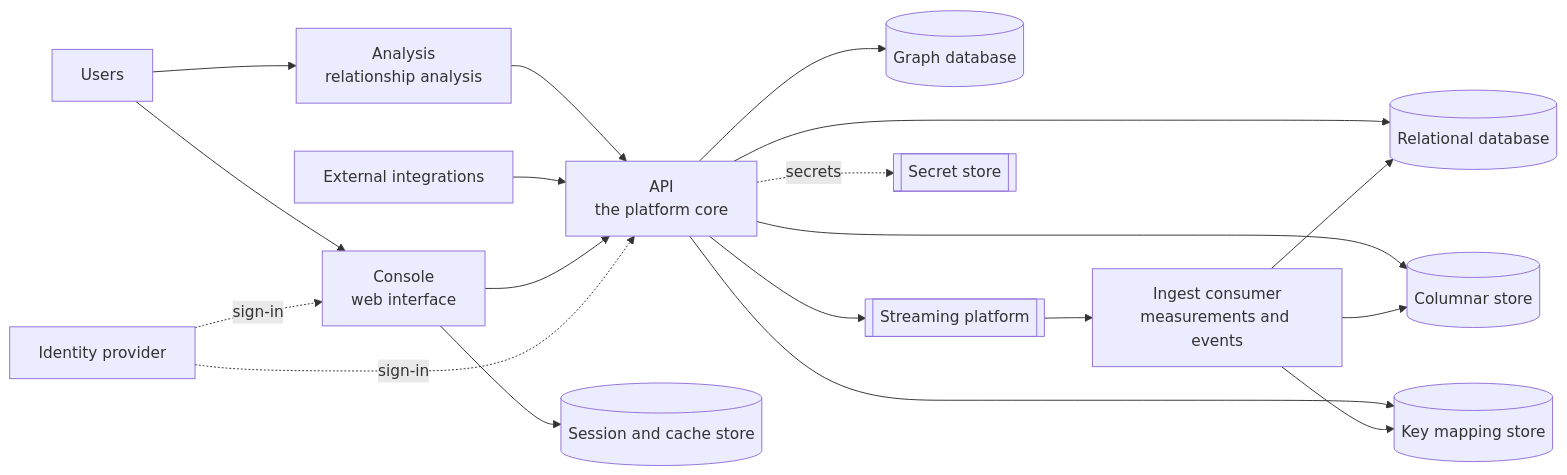
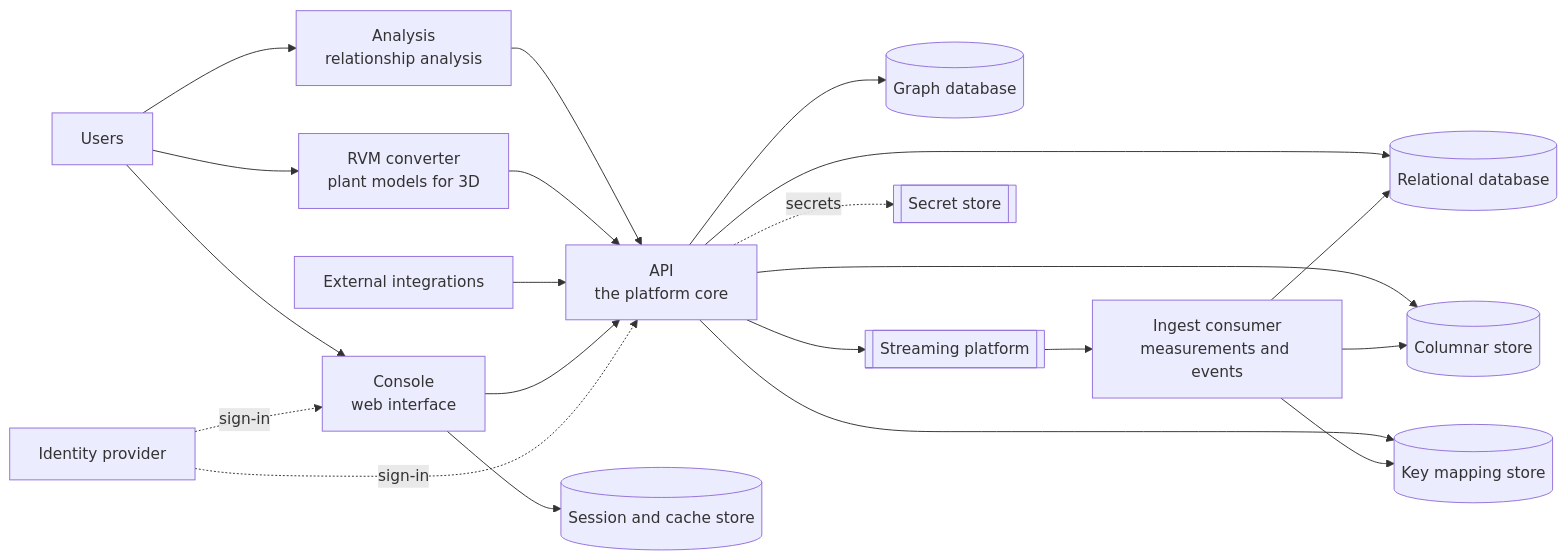
Before and after one commit to IntelliStream-DataHub/datahub-docs: the diagram in docs/administration/architecture.mdx, drawn with Mermaid. The commit also changed other lines of this file and 5 other files, not shown here.

First line of the commit message:
docs: 3D viewer sizes, companion files and RVM plant model conversion

````diff
--- a/docs/administration/architecture.mdx
+++ b/docs/administration/architecture.mdx
@@ -26,39 +27,42 @@
 ```mermaid
 graph LR
     User["Users"]
     Ext["External integrations"]
     IdP["Identity provider"]
 
     Console["Console<br/>web interface"]
     API["API<br/>the platform core"]
     ConsumerSL["Ingest consumer<br/>measurements and events"]
 
     Cache[("Session and cache store")]
     PG[("Relational database")]
     Neo[("Graph database")]
     CH[("Columnar store")]
     KV[("Key mapping store")]
     Stream[["Streaming platform"]]
     Vault[["Secret store"]]
 
     Analysis["Analysis<br/>relationship analysis"]
+    Converter["RVM converter<br/>plant models for 3D"]
 
     User --> Console
     User --> Analysis
     Analysis --> API
+    User --> Converter
+    Converter --> API
     Ext --> API
     Console --> API
     Console --> Cache
     API --> PG
     API --> Neo
     API --> CH
     API --> KV
     API --> Stream
     API -. secrets .-> Vault
     Stream --> ConsumerSL
     ConsumerSL --> CH
     ConsumerSL --> PG
     ConsumerSL --> KV
     IdP -. sign-in .-> Console
     IdP -. sign-in .-> API
 ```
````
